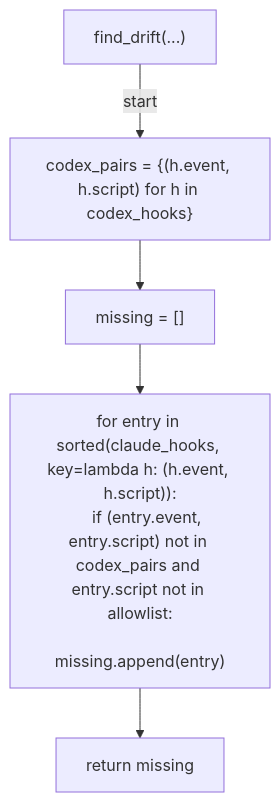
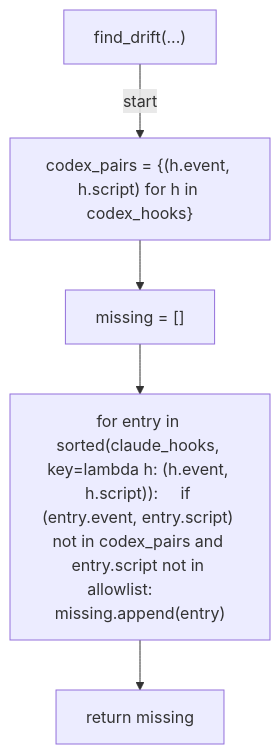
The sixth of 8 diagrams in docs/generated/scripts/ast/scan_hook_coverage_drift.md (tvna/claude-md), drawn with Mermaid before and after one commit. The commit also changed other lines of this file and 29 other files, not shown here.

First line of the commit message:
docs(generated): regenerate decision tree and workflow diagrams (batch 3/5)

````diff
--- a/docs/generated/scripts/ast/scan_hook_coverage_drift.md
+++ b/docs/generated/scripts/ast/scan_hook_coverage_drift.md
@@ -81,14 +62,12 @@
 ```mermaid
 flowchart TD
     N001["find_drift(...)"]
     N002["codex_pairs = {(h.event, h.script) for h in codex_hooks}"]
     N003["missing = []"]
-    N004["for entry in sorted(claude_hooks, key=lambda h: (h.event, h.script)):
-    if (entry.event, entry.script) not in codex_pairs and entry.script not in allowlist:
-        missing.append(entry)"]
+    N004["for entry in sorted(claude_hooks, key=lambda h: (h.event, h.script)):     if (entry.event, entry.script) not in codex_pairs and entry.script not in allowlist:         missing.append(entry)"]
     N005["return missing"]
     N001 -->|"start"| N002
     N002 --> N003
     N003 --> N004
     N004 --> N005
 ```
````
